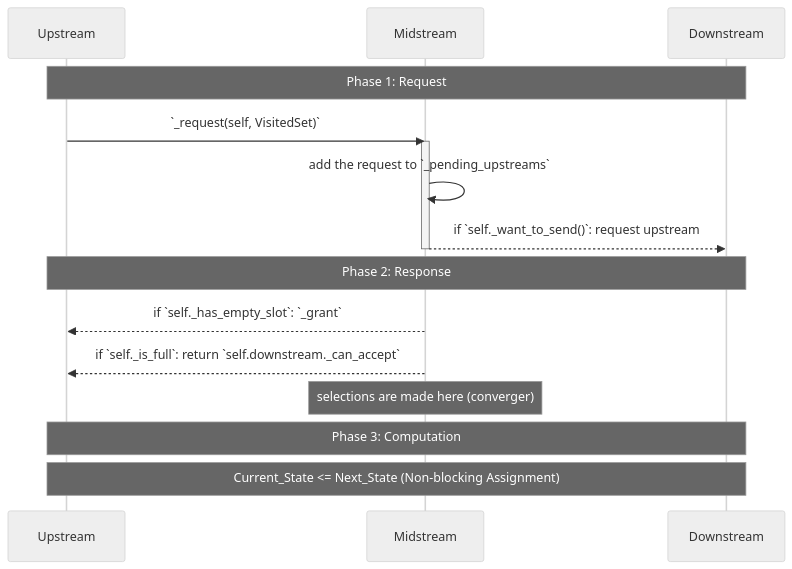
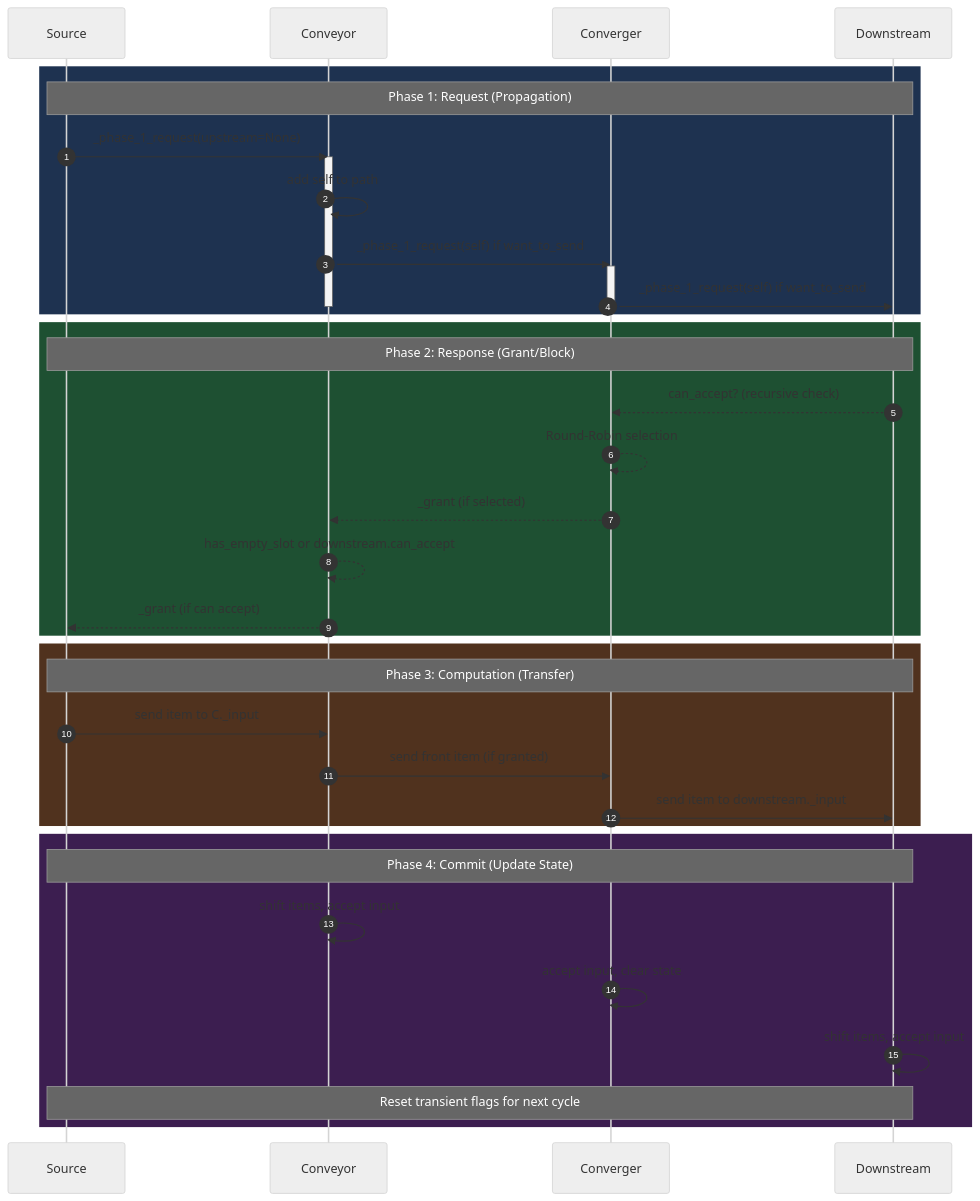
The diagram in README.md (hongshan-academy/endfield-AIC-sim), drawn with Mermaid (neutral theme) before and after one commit. The commit also changed 11 other files, not shown here.

````diff
--- a/README.md
+++ b/README.md
@@ -3,24 +1,44 @@
 ```mermaid
 sequenceDiagram
-    participant Up as Upstream
-    participant Mid as Midstream
-    participant Down as Downstream
+    autonumber
+    participant S as Source
+    participant C as Conveyor
+    participant CG as Converger
+    participant D as Downstream
 
-    Note over Up, Down: Phase 1: Request
-    Up->>Mid: `_request(self, VisitedSet)`
-    activate Mid
-    Mid->>Mid: add the request to `_pending_upstreams`
-    Mid-->>Down: if `self._want_to_send()`: request upstream
-    deactivate Mid
+    rect rgb(30, 50, 80)
+        note over S, D: Phase 1: Request (Propagation)
+        S->>C: _phase_1_request(upstream=None)
+        activate C
+        C->>C: add self to path
+        C->>CG: _phase_1_request(self) if want_to_send
+        activate CG
+        CG->>D: _phase_1_request(self) if want_to_send
+        deactivate CG
+        deactivate C
+    end
 
-    Note over Up, Down: Phase 2: Response
-    Mid-->>Up: if `self._has_empty_slot`: `_grant`
-    Mid-->>Up: if `self._is_full`: return `self.downstream._can_accept`
-    activate Mid
-    Note over Mid: selections are made here (converger)
-    
-    Note over Up, Down: Phase 3: Computation
-    
+    rect rgb(30, 80, 50)
+        note over S, D: Phase 2: Response (Grant/Block)
+        D-->>CG: can_accept? (recursive check)
+        CG-->>CG: Round-Robin selection
+        CG-->>C: _grant (if selected)
+        C-->>C: has_empty_slot or downstream.can_accept
+        C-->>S: _grant (if can accept)
+    end
 
-    Note over Up, Down: Current_State <= Next_State (Non-blocking Assignment)
+    rect rgb(80, 50, 30)
+        note over S, D: Phase 3: Computation (Transfer)
+        S->>C: send item to C._input
+        C->>CG: send front item (if granted)
+        CG->>D: send item to downstream._input
+    end
+
+    rect rgb(60, 30, 80)
+        note over S, D: Phase 4: Commit (Update State)
+        C->>C: shift items, accept input
+        CG->>CG: accept input, clear state
+        D->>D: shift items, accept input
+        note over S, D: Reset transient flags for next cycle
+    end
 ```
````
